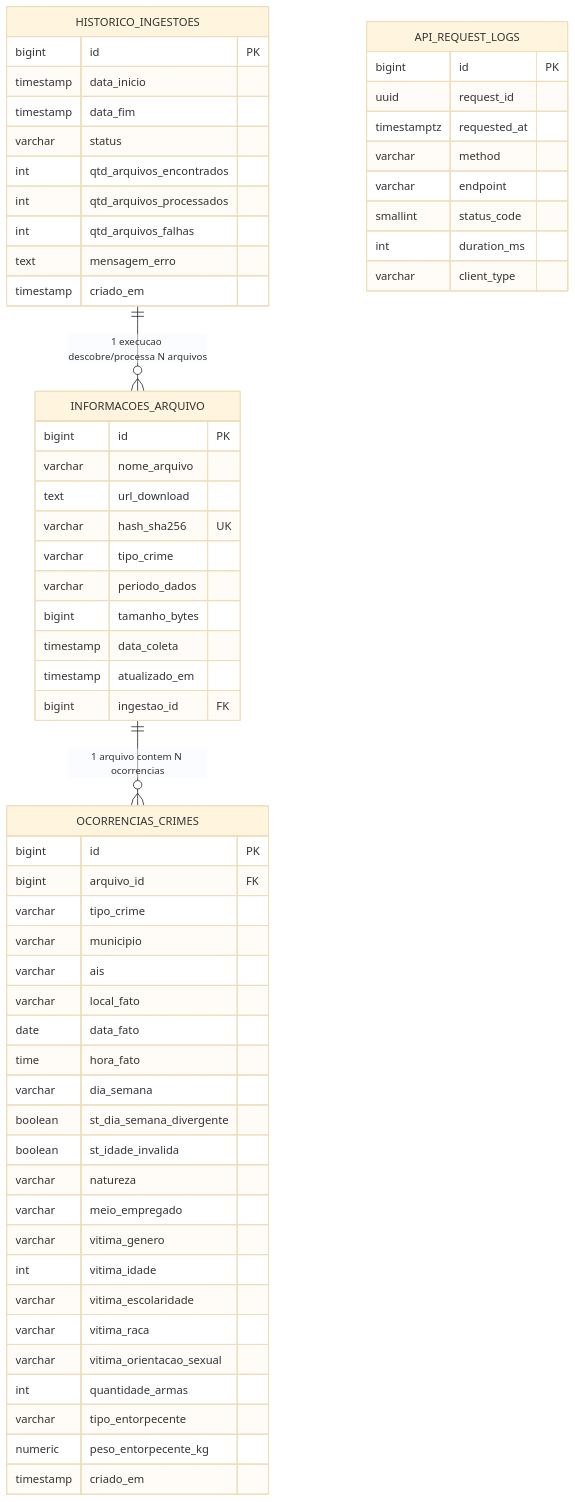
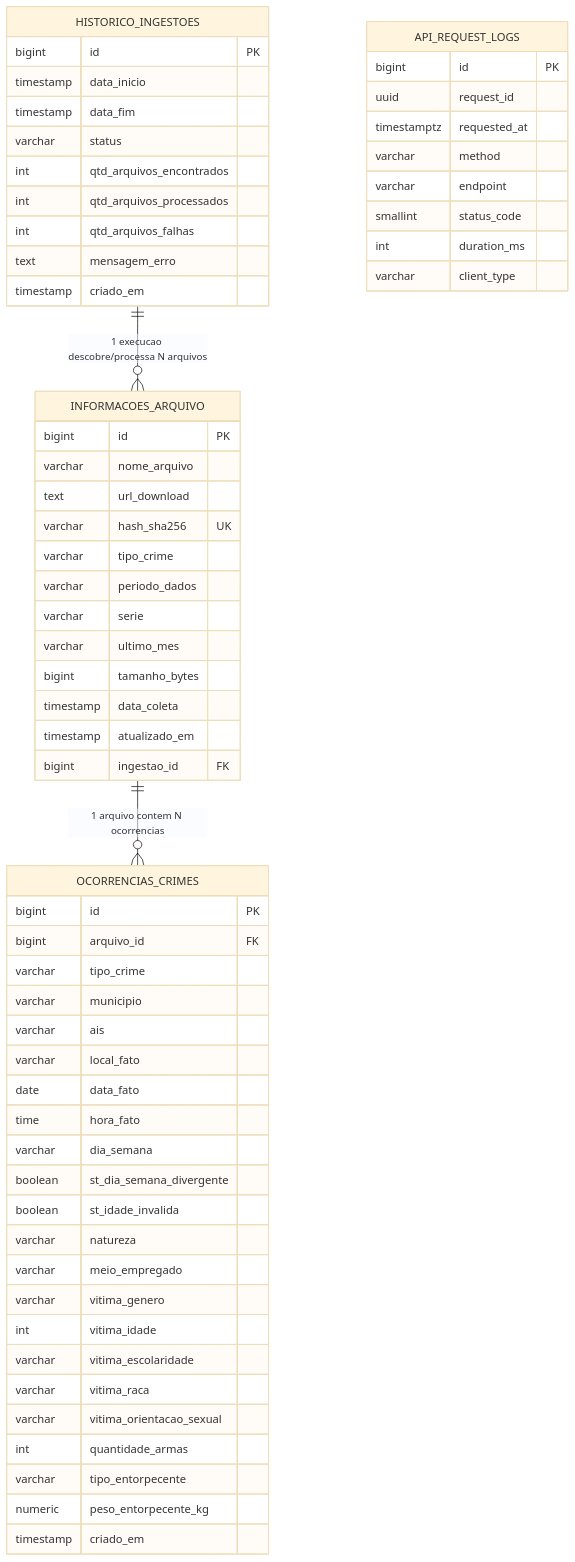
Before and after one commit to lucaspbds/api_sspds: the diagram in docs/database.md, drawn with Mermaid (base theme). The commit also changed other lines of this file, not shown here.

Commit message:
feat(database): adiciona colunas serie e ultimo_mes em informacoes_arquivo com constraints CHECK

````diff
--- a/docs/database.md
+++ b/docs/database.md
@@ -18,66 +18,68 @@
 ```mermaid
 erDiagram
     HISTORICO_INGESTOES ||--o{ INFORMACOES_ARQUIVO : "1 execucao descobre/processa N arquivos"
     INFORMACOES_ARQUIVO ||--o{ OCORRENCIAS_CRIMES : "1 arquivo contem N ocorrencias"
 
     HISTORICO_INGESTOES {
         bigint id PK
         timestamp data_inicio
         timestamp data_fim
         varchar status
         int qtd_arquivos_encontrados
         int qtd_arquivos_processados
         int qtd_arquivos_falhas
         text mensagem_erro
         timestamp criado_em
     }
 
     INFORMACOES_ARQUIVO {
         bigint id PK
         varchar nome_arquivo
         text url_download
         varchar hash_sha256 UK
         varchar tipo_crime
         varchar periodo_dados
+        varchar serie
+        varchar ultimo_mes
         bigint tamanho_bytes
         timestamp data_coleta
         timestamp atualizado_em
         bigint ingestao_id FK
     }
 
     OCORRENCIAS_CRIMES {
         bigint id PK
         bigint arquivo_id FK
         varchar tipo_crime
         varchar municipio
         varchar ais
         varchar local_fato
         date data_fato
         time hora_fato
         varchar dia_semana
         boolean st_dia_semana_divergente
         boolean st_idade_invalida
         varchar natureza
         varchar meio_empregado
         varchar vitima_genero
         int vitima_idade
         varchar vitima_escolaridade
         varchar vitima_raca
         varchar vitima_orientacao_sexual
         int quantidade_armas
         varchar tipo_entorpecente
         numeric peso_entorpecente_kg
         timestamp criado_em
     }
 
     API_REQUEST_LOGS {
         bigint id PK
         uuid request_id
         timestamptz requested_at
         varchar method
         varchar endpoint
         smallint status_code
         int duration_ms
         varchar client_type
     }
 ```
````
